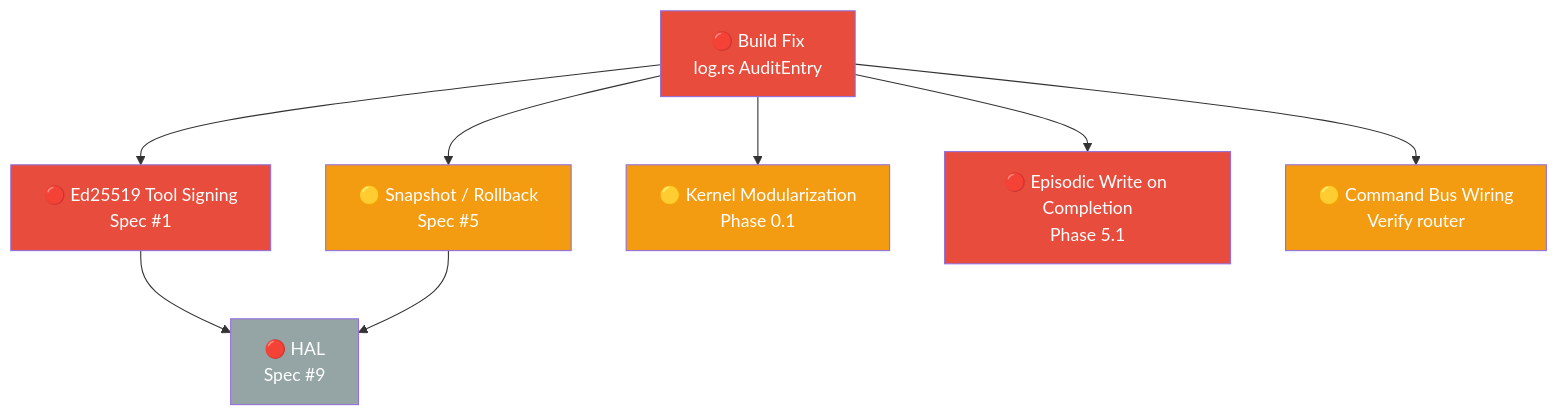
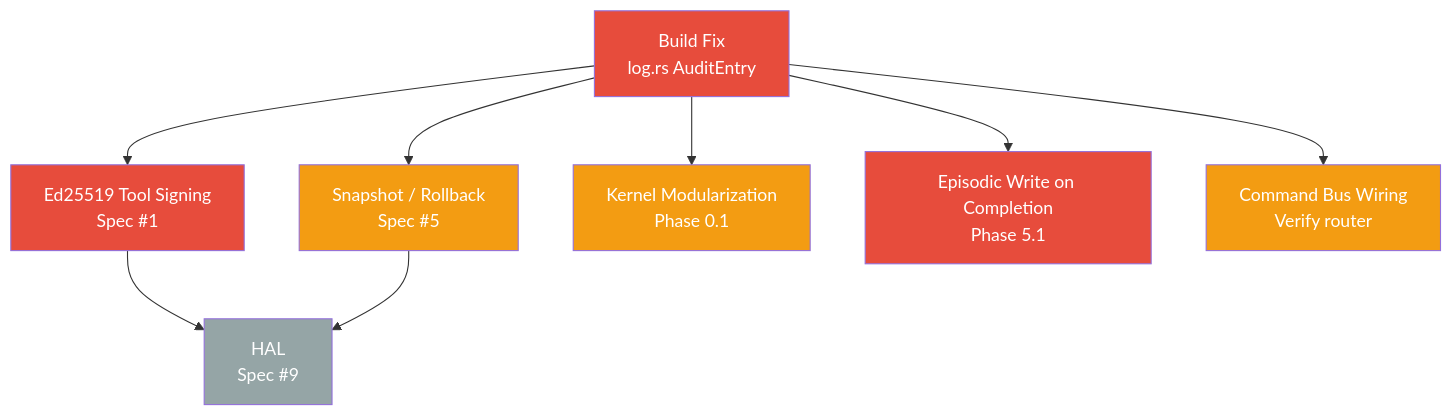
The diagram in obsidian-vault/next-steps/Index.md (AjasMohammed/Agos), drawn with Mermaid before and after one commit. The commit also changed other lines of this file and 144 other files, not shown here.

````diff
--- a/obsidian-vault/next-steps/Index.md
+++ b/obsidian-vault/next-steps/Index.md
@@ -62,19 +61,19 @@
 ```mermaid
 graph TD
-    B0[🔴 Build Fix\nlog.rs AuditEntry]
-    B0 --> A[🔴 Ed25519 Tool Signing\nSpec #1]
-    B0 --> C[🟡 Snapshot / Rollback\nSpec #5]
-    B0 --> D[🟡 Kernel Modularization\nPhase 0.1]
-    B0 --> E[🔴 Episodic Write on Completion\nPhase 5.1]
-    B0 --> F[🟡 Command Bus Wiring\nVerify router]
-    A --> G[🔴 HAL\nSpec #9]
+    B0[Build Fix\nlog.rs AuditEntry]
+    B0 --> A[Ed25519 Tool Signing\nSpec #1]
+    B0 --> C[Snapshot / Rollback\nSpec #5]
+    B0 --> D[Kernel Modularization\nPhase 0.1]
+    B0 --> E[Episodic Write on Completion\nPhase 5.1]
+    B0 --> F[Command Bus Wiring\nVerify router]
+    A --> G[HAL\nSpec #9]
     C --> G
 
     style B0 fill:#e74c3c,color:#fff
     style A fill:#e74c3c,color:#fff
     style C fill:#f39c12,color:#fff
     style D fill:#f39c12,color:#fff
     style E fill:#e74c3c,color:#fff
     style F fill:#f39c12,color:#fff
     style G fill:#95a5a6,color:#fff
 ```
````
